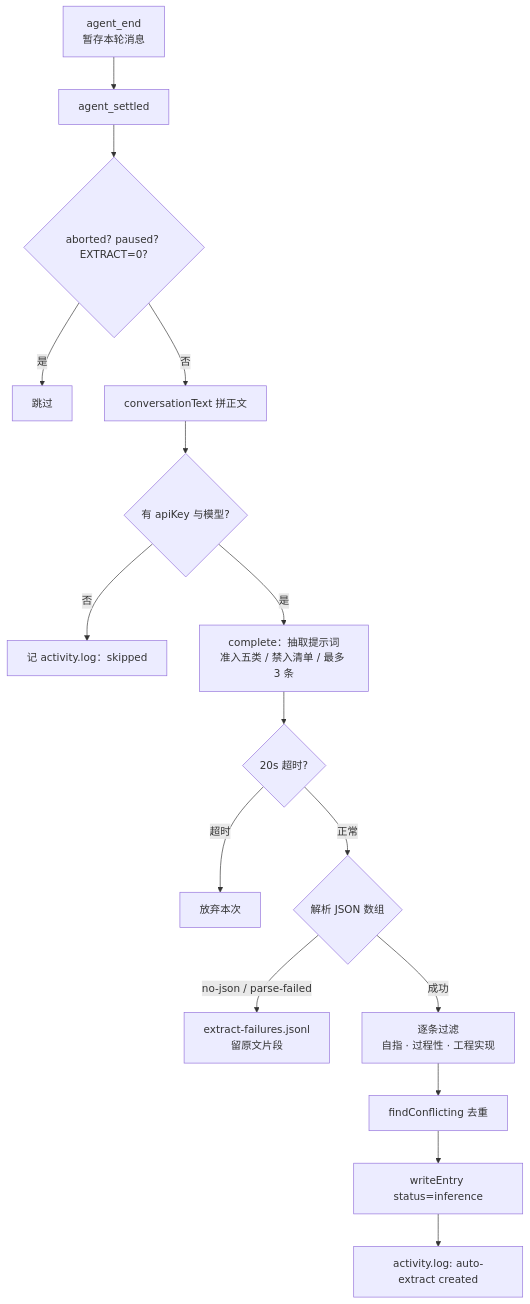
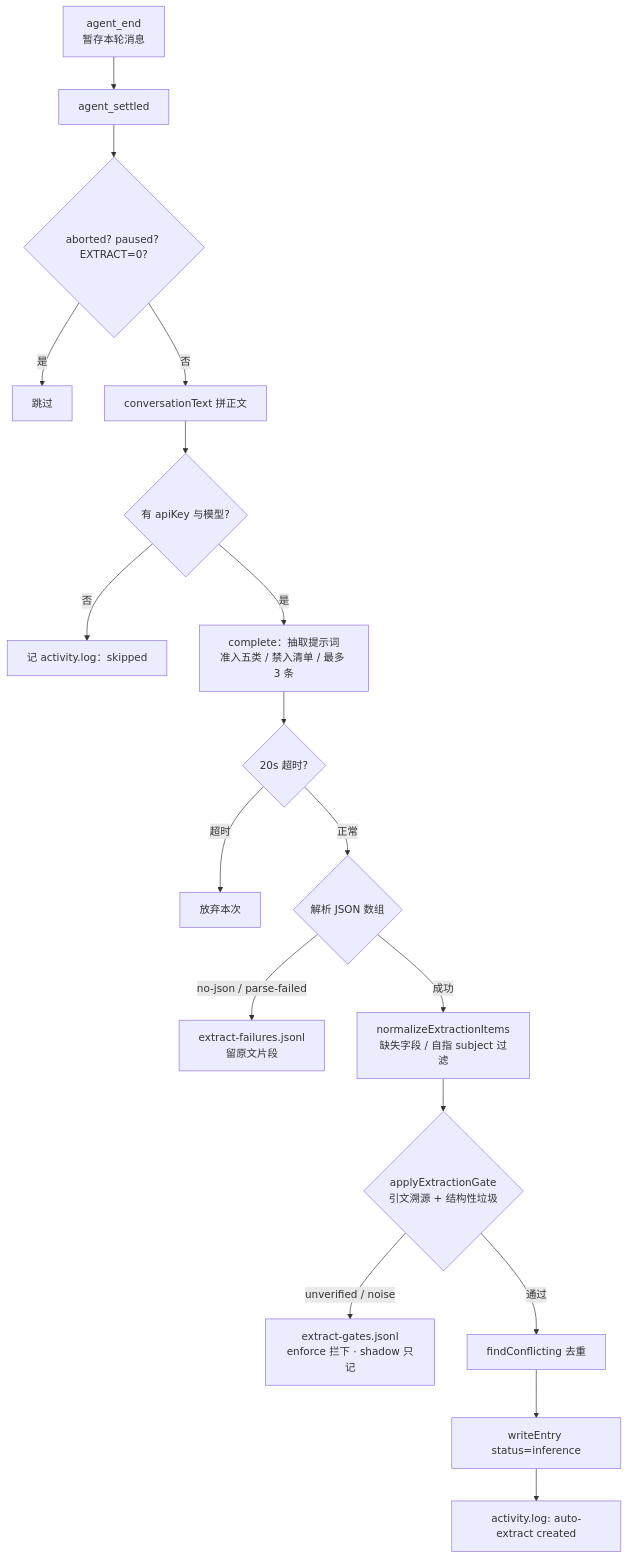
The sixth of 6 diagrams in docs/architecture.md (robert-zz/pi-living-memory), drawn with Mermaid before and after one commit. The commit also changed other lines of this file and 6 other files, not shown here.

````diff
--- a/docs/architecture.md
+++ b/docs/architecture.md
@@ -195,18 +196,20 @@
 ```mermaid
 flowchart TD
   A[agent_end<br/>暂存本轮消息] --> B[agent_settled]
   B --> C{aborted? paused? EXTRACT=0?}
   C -->|是| Z[跳过]
   C -->|否| D[conversationText 拼正文]
   D --> E{有 apiKey 与模型?}
   E -->|否| Z2[记 activity.log：skipped]
   E -->|是| F[complete：抽取提示词<br/>准入五类 / 禁入清单 / 最多 3 条]
   F --> G{20s 超时?}
   G -->|超时| Z3[放弃本次]
   G -->|正常| H{解析 JSON 数组}
   H -->|no-json / parse-failed| XF[extract-failures.jsonl<br/>留原文片段]
-  H -->|成功| I[逐条过滤<br/>自指 · 过程性 · 工程实现]
-  I --> J[findConflicting 去重]
-  J --> K[writeEntry status=inference]
-  K --> L[activity.log: auto-extract created]
+  H -->|成功| I[normalizeExtractionItems<br/>缺失字段 / 自指 subject 过滤]
+  I --> J{applyExtractionGate<br/>引文溯源 + 结构性垃圾}
+  J -->|unverified / noise| XG[extract-gates.jsonl<br/>enforce 拦下 · shadow 只记]
+  J -->|通过| K[findConflicting 去重]
+  K --> L[writeEntry status=inference]
+  L --> M[activity.log: auto-extract created]
 ```
````
